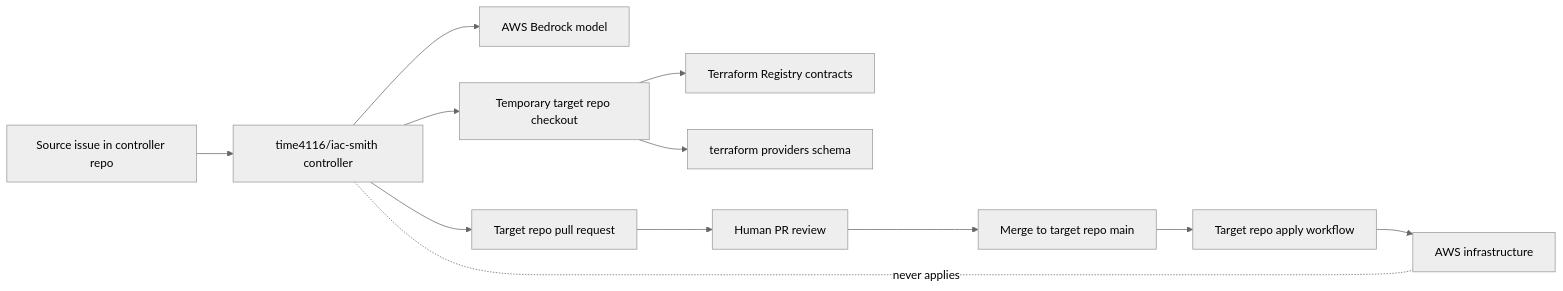
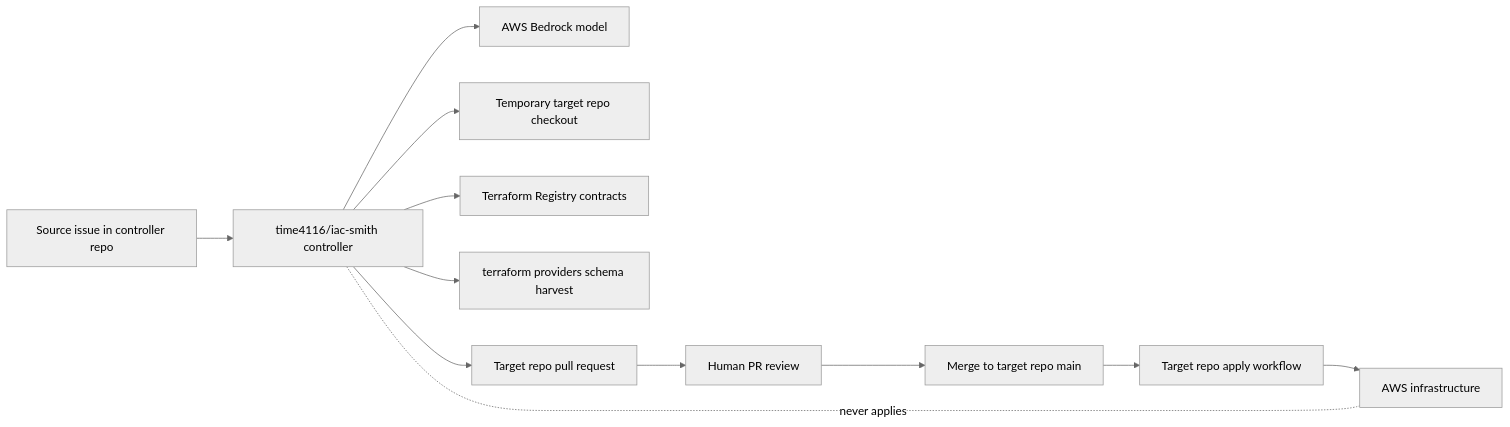
Before and after one commit to time4116/iac-smith: the second of 2 diagrams in docs/ARCHITECTURE_FLOW.md, drawn with Mermaid (neutral theme). The commit also changed 3 other files, not shown here.

First line of the commit message:
docs: align new docs with literal graph nodes and workflow entry points

````diff
--- a/docs/ARCHITECTURE_FLOW.md
+++ b/docs/ARCHITECTURE_FLOW.md
@@ -56,15 +56,15 @@
 ```mermaid
 flowchart LR
     Issue[Source issue in controller repo] --> Controller[time4116/iac-smith controller]
     Controller --> Bedrock[AWS Bedrock model]
     Controller --> TargetClone[Temporary target repo checkout]
-    TargetClone --> Registry[Terraform Registry contracts]
-    TargetClone --> ProviderSchemas[terraform providers schema]
+    Controller --> Registry[Terraform Registry contracts]
+    Controller --> ProviderSchemas[terraform providers schema harvest]
     Controller --> PR[Target repo pull request]
     PR --> Review[Human PR review]
     Review --> Merge[Merge to target repo main]
     Merge --> ApplyWorkflow[Target repo apply workflow]
     ApplyWorkflow --> AWS[AWS infrastructure]
 
     Controller -. never applies .- AWS
 ```
````
